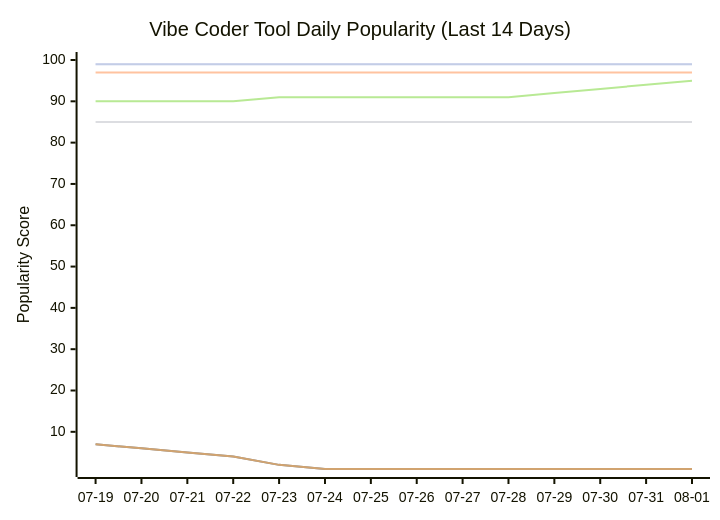
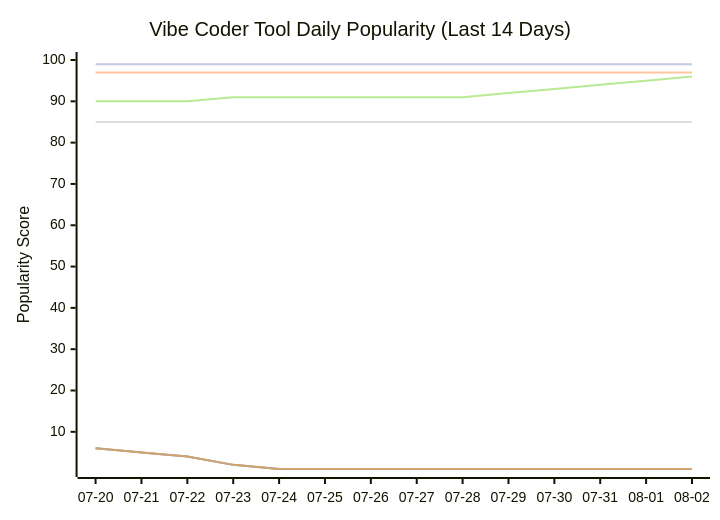
Before and after one commit to tykimos/ai-whatchelin: the seventh of 11 diagrams in README.md, drawn with Mermaid. The commit also changed other lines of this file and 4 other files, not shown here.

````diff
--- a/README.md
+++ b/README.md
@@ -2130,13 +2130,13 @@
 ```mermaid
 xychart-beta
     title "Vibe Coder Tool Daily Popularity (Last 14 Days)"
-    x-axis ["07-19", "07-20", "07-21", "07-22", "07-23", "07-24", "07-25", "07-26", "07-27", "07-28", "07-29", "07-30", "07-31", "08-01"]
+    x-axis ["07-20", "07-21", "07-22", "07-23", "07-24", "07-25", "07-26", "07-27", "07-28", "07-29", "07-30", "07-31", "08-01", "08-02"]
     y-axis "Popularity Score" 1 --> 100
     line "Claude Code" [99, 99, 99, 99, 99, 99, 99, 99, 99, 99, 99, 99, 99, 99]
-    line "GH Copilot" [7, 6, 5, 4, 2, 1, 1, 1, 1, 1, 1, 1, 1, 1]
+    line "GH Copilot" [6, 5, 4, 2, 1, 1, 1, 1, 1, 1, 1, 1, 1, 1]
     line "Cursor" [97, 97, 97, 97, 97, 97, 97, 97, 97, 97, 97, 97, 97, 97]
     line "Windsurf" [85, 85, 85, 85, 85, 85, 85, 85, 85, 85, 85, 85, 85, 85]
-    line "Codex CLI" [90, 90, 90, 90, 91, 91, 91, 91, 91, 91, 92, 93, 94, 95]
-    line "Gemini CLI" [7, 6, 5, 4, 2, 1, 1, 1, 1, 1, 1, 1, 1, 1]
+    line "Codex CLI" [90, 90, 90, 91, 91, 91, 91, 91, 91, 92, 93, 94, 95, 96]
+    line "Gemini CLI" [6, 5, 4, 2, 1, 1, 1, 1, 1, 1, 1, 1, 1, 1]
     line "Antigravity" [99, 99, 99, 99, 99, 99, 99, 99, 99, 99, 99, 99, 99, 99]
 ```
````
